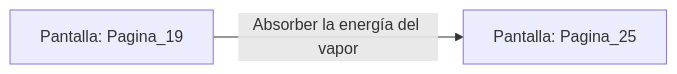
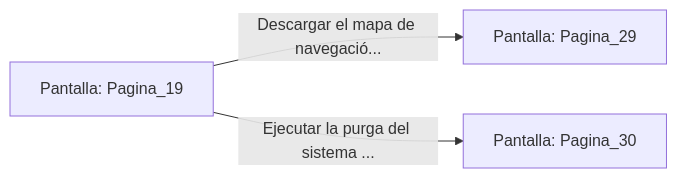
Before and after one commit to metsuke/mpl: the diagram in sample/eligejuego-vault/Pantalla_Pagina_19.md, drawn with Mermaid. The commit also changed other lines of this file and 635 other files, not shown here.

First line of the commit message:
fix: añadir Pagina_1 como pantalla inicial en capitulo_01.mpl

````diff
--- a/sample/eligejuego-vault/Pantalla_Pagina_19.md
+++ b/sample/eligejuego-vault/Pantalla_Pagina_19.md
@@ -14,5 +24,6 @@
 ```mermaid
 graph LR
     P_Pagina_19["Pantalla: Pagina_19"]
-    P_Pagina_19 -->|"Absorber la energía del vapor"| P_Pagina_25["Pantalla: Pagina_25"]
+    P_Pagina_19 -->|"Descargar el mapa de navegació..."| P_Pagina_29["Pantalla: Pagina_29"]
+    P_Pagina_19 -->|"Ejecutar la purga del sistema ..."| P_Pagina_30["Pantalla: Pagina_30"]
 ```
````
